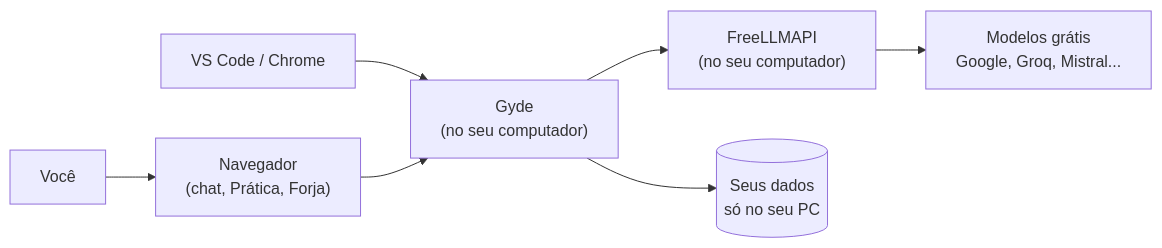
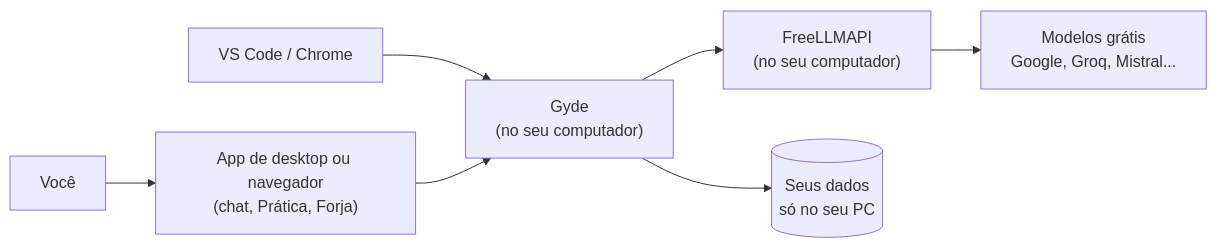
One commit to gustavomdeschamps/Gyde changed the diagram in README.md. Above: the diagram before and after it, drawn with Mermaid. The commit also changed other lines of this file and 29 other files, not shown here.

````diff
--- a/README.md
+++ b/README.md
@@ -151,9 +151,9 @@
 ```mermaid
 flowchart LR
-    V["Você"] --> N["Navegador<br/>(chat, Prática, Forja)"]
+    V["Você"] --> N["App de desktop ou navegador<br/>(chat, Prática, Forja)"]
     VS["VS Code / Chrome"] --> G
     N --> G["Gyde<br/>(no seu computador)"]
     G --> F["FreeLLMAPI<br/>(no seu computador)"]
     F --> M["Modelos grátis<br/>Google, Groq, Mistral..."]
     G --> D[("Seus dados<br/>só no seu PC")]
 ```
````
